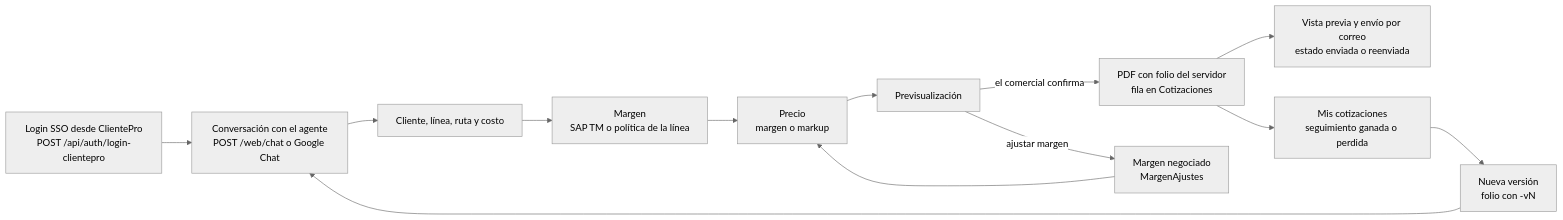
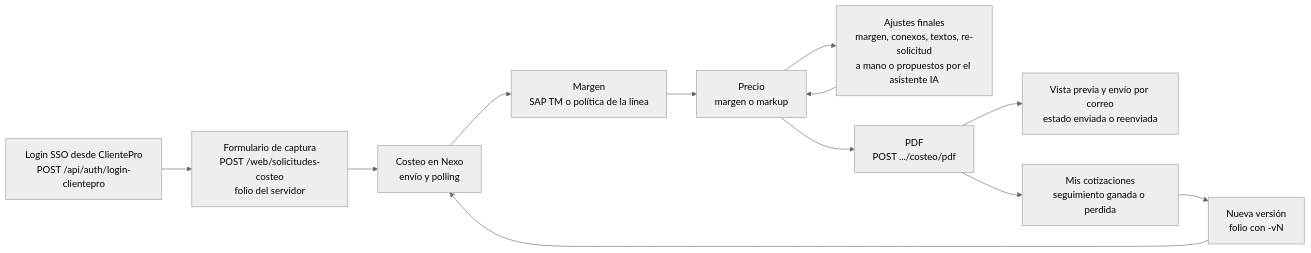
Before and after one commit to InnovacionIA-proyectos/Cotifly: the first of 6 diagrams in backend-dotnet/docs/04-flujo-del-sistema.md, drawn with Mermaid (neutral theme). The commit also changed other lines of this file and 31 other files, not shown here.

First line of the commit message:
docs(agente): ADR-011 reemplazado, ADR-018 §15 con el retiro completado y docs sin Google Chat (HU-013.9, #105)

````diff
--- a/backend-dotnet/docs/04-flujo-del-sistema.md
+++ b/backend-dotnet/docs/04-flujo-del-sistema.md
@@ -19,15 +19,14 @@
 ```mermaid
 flowchart LR
-    login[Login SSO desde ClientePro<br/>POST /api/auth/login-clientepro] --> chat[Conversación con el agente<br/>POST /web/chat o Google Chat]
-    chat --> datos[Cliente, línea, ruta y costo]
-    datos --> margen[Margen<br/>SAP TM o política de la línea]
+    login[Login SSO desde ClientePro<br/>POST /api/auth/login-clientepro] --> form[Formulario de captura<br/>POST /web/solicitudes-costeo<br/>folio del servidor]
+    form --> nexo[Costeo en Nexo<br/>envío y polling]
+    nexo --> margen[Margen<br/>SAP TM o política de la línea]
     margen --> precio[Precio<br/>margen o markup]
-    precio --> previa[Previsualización]
-    previa -- "el comercial confirma" --> pdf[PDF con folio del servidor<br/>fila en Cotizaciones]
-    previa -- "ajustar margen" --> ajuste[Margen negociado<br/>MargenAjustes]
-    ajuste --> precio
+    precio --> ajustes[Ajustes finales<br/>margen, conexos, textos, re-solicitud<br/>a mano o propuestos por el asistente IA]
+    ajustes --> precio
+    precio --> pdf[PDF<br/>POST .../costeo/pdf]
     pdf --> correo[Vista previa y envío por correo<br/>estado enviada o reenviada]
     pdf --> mis[Mis cotizaciones<br/>seguimiento ganada o perdida]
     mis --> version[Nueva versión<br/>folio con -vN]
-    version --> chat
+    version --> nexo
 ```
````
